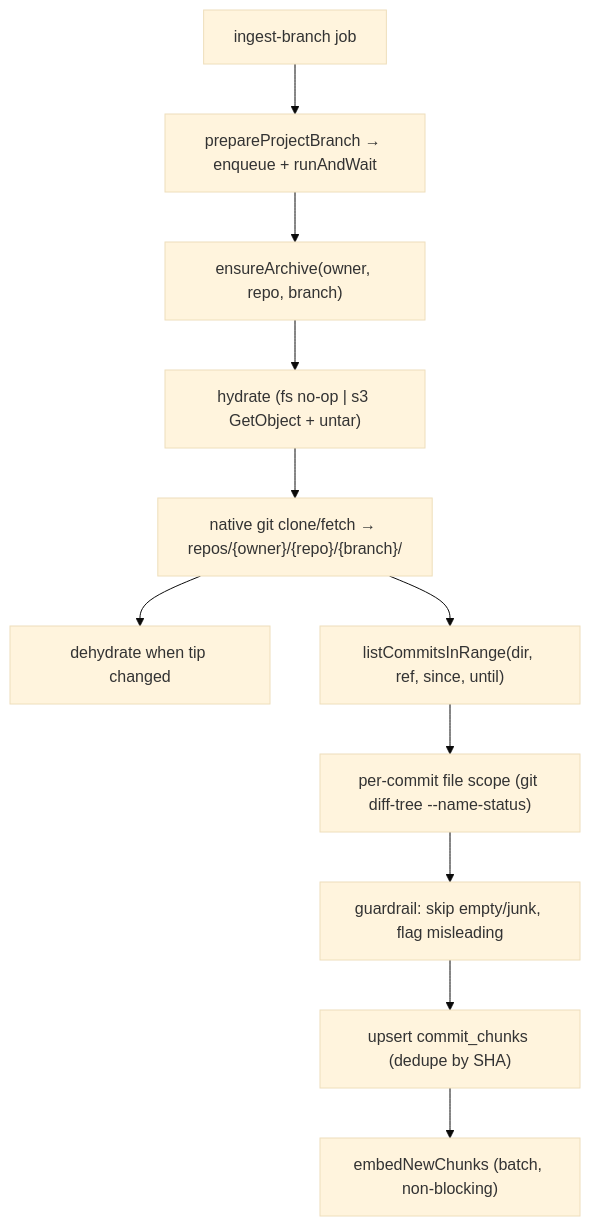
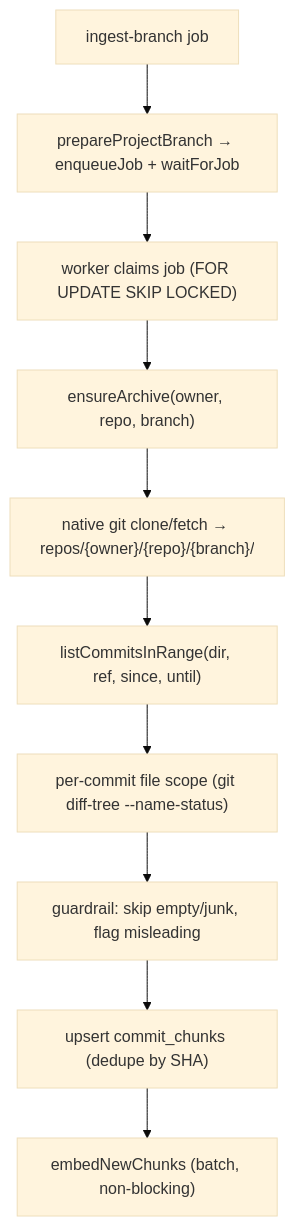
Before and after one commit to franciscoluna-28/Scrapecat: the fourth of 5 diagrams in docs/architecture.md, drawn with Mermaid (base theme). The commit also changed other lines of this file and 7 other files, not shown here.

````diff
--- a/docs/architecture.md
+++ b/docs/architecture.md
@@ -115,13 +130,12 @@
 ```mermaid
 flowchart TD
-    J["ingest-branch job"] --> P["prepareProjectBranch → enqueue + runAndWait"]
-    P --> E["ensureArchive(owner, repo, branch)"]
-    E --> H["hydrate (fs no-op | s3 GetObject + untar)"]
-    H --> G["native git clone/fetch → repos/{owner}/{repo}/{branch}/"]
-    G --> DH["dehydrate when tip changed"]
+    J["ingest-branch job"] --> P["prepareProjectBranch → enqueueJob + waitForJob"]
+    P --> W["worker claims job (FOR UPDATE SKIP LOCKED)"]
+    W --> E["ensureArchive(owner, repo, branch)"]
+    E --> G["native git clone/fetch → repos/{owner}/{repo}/{branch}/"]
     G --> R["listCommitsInRange(dir, ref, since, until)"]
     R --> S["per-commit file scope (git diff-tree --name-status)"]
     S --> CL["guardrail: skip empty/junk, flag misleading"]
     CL --> U["upsert commit_chunks (dedupe by SHA)"]
     U --> EM["embedNewChunks (batch, non-blocking)"]
 ```
````
